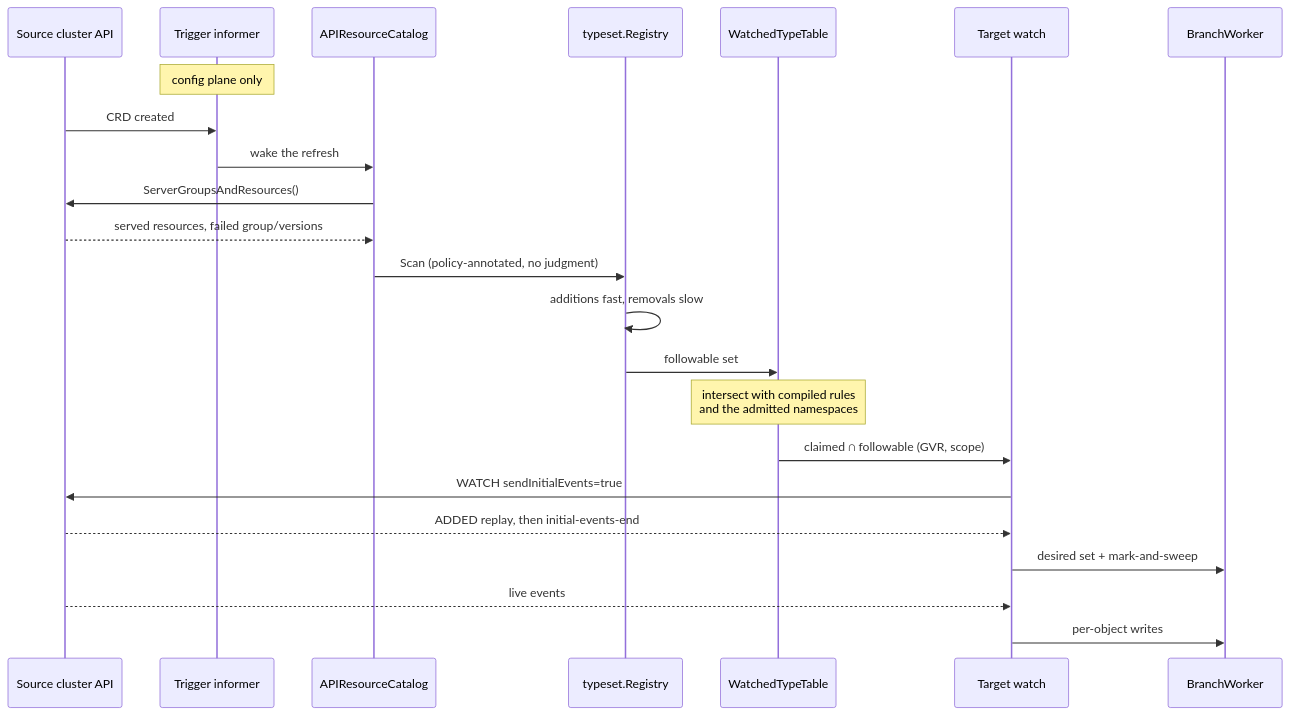
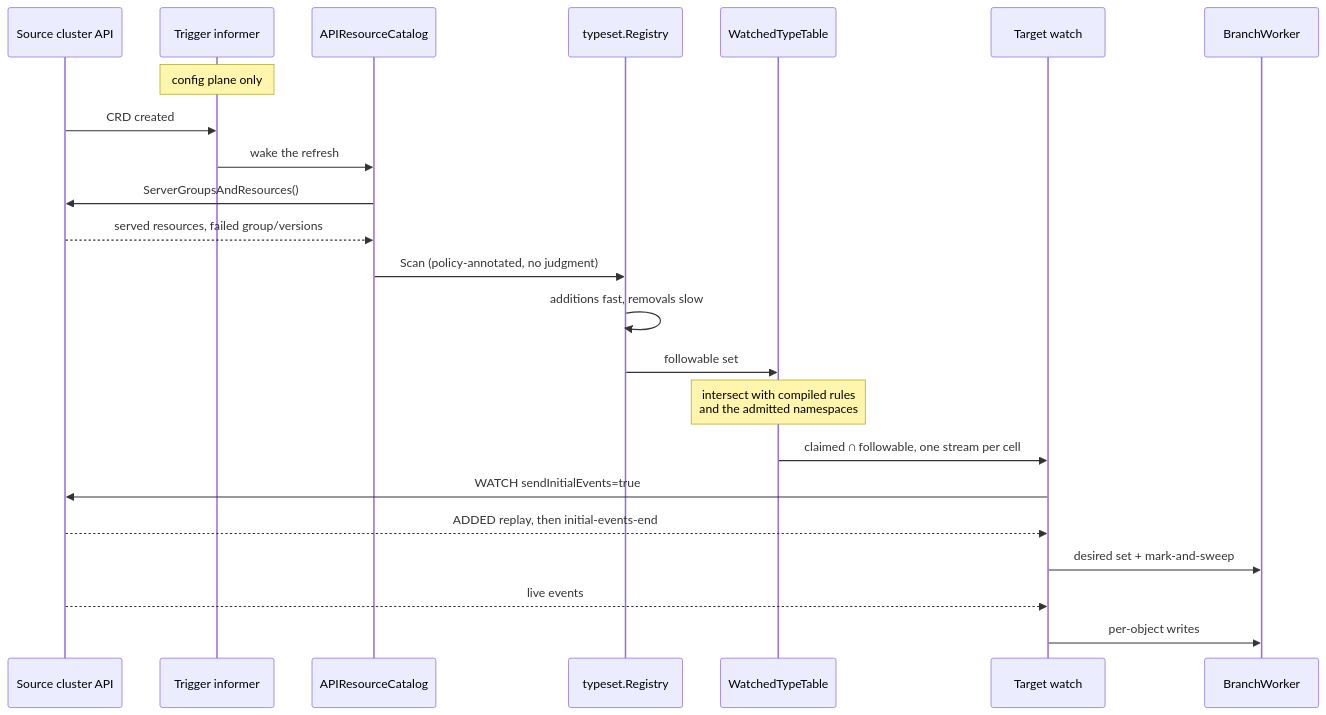
One commit to ConfigButler/gitops-reverser changed the third of 3 diagrams in docs/components.md. Above: the diagram before and after it, drawn with Mermaid. The commit also changed other lines of this file and 101 other files, not shown here.

First line of the commit message:
feat(watch): one owner for the watch plane, diffed per cell (#315)

````diff
--- a/docs/components.md
+++ b/docs/components.md
@@ -225,26 +227,26 @@
 ```mermaid
 sequenceDiagram
     participant K as Source cluster API
     participant T as Trigger informer
     participant C as APIResourceCatalog
     participant R as typeset.Registry
     participant W as WatchedTypeTable
     participant S as Target watch
     participant G as BranchWorker
 
     Note over T: config plane only
     K->>T: CRD created
     T->>C: wake the refresh
     C->>K: ServerGroupsAndResources()
     K-->>C: served resources, failed group/versions
     C->>R: Scan (policy-annotated, no judgment)
     R->>R: additions fast, removals slow
     R->>W: followable set
     Note over W: intersect with compiled rules<br/>and the admitted namespaces
-    W->>S: claimed ∩ followable (GVR, scope)
+    W->>S: claimed ∩ followable, one stream per cell
     S->>K: WATCH sendInitialEvents=true
     K-->>S: ADDED replay, then initial-events-end
     S->>G: desired set + mark-and-sweep
     K-->>S: live events
     S->>G: per-object writes
 ```
````
